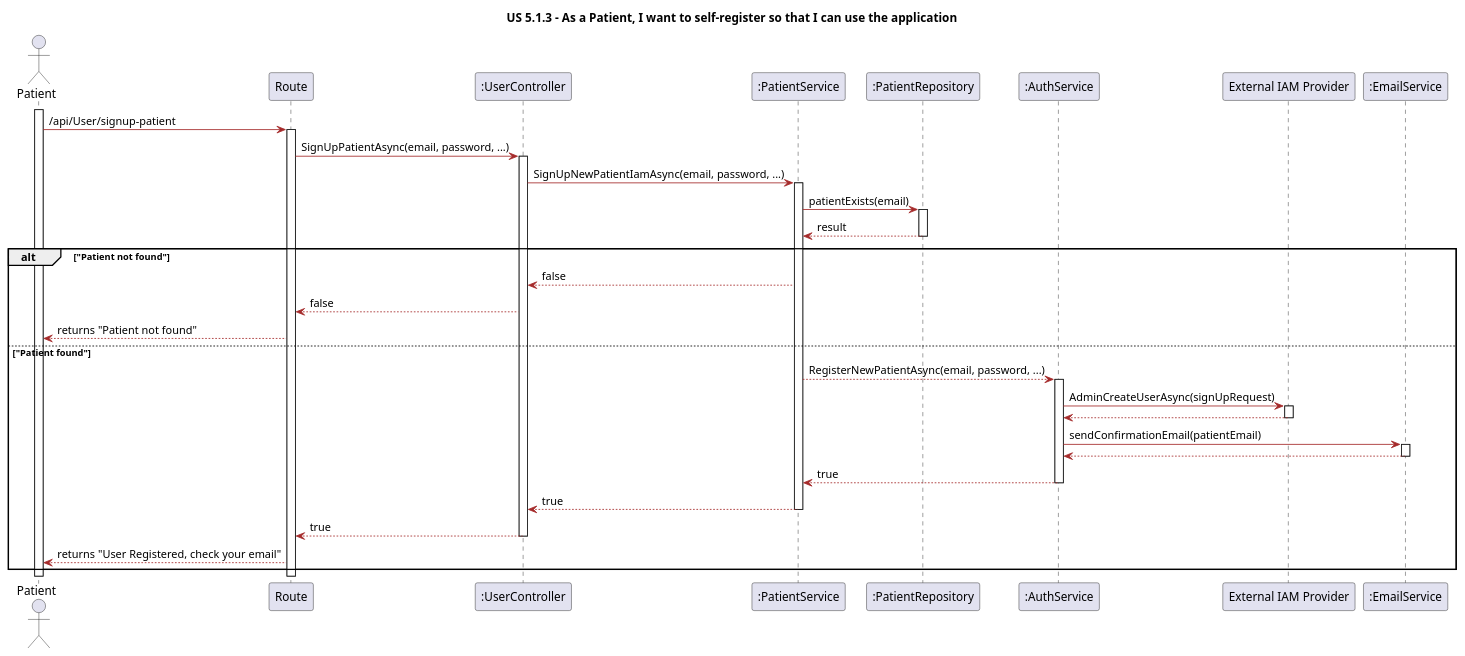
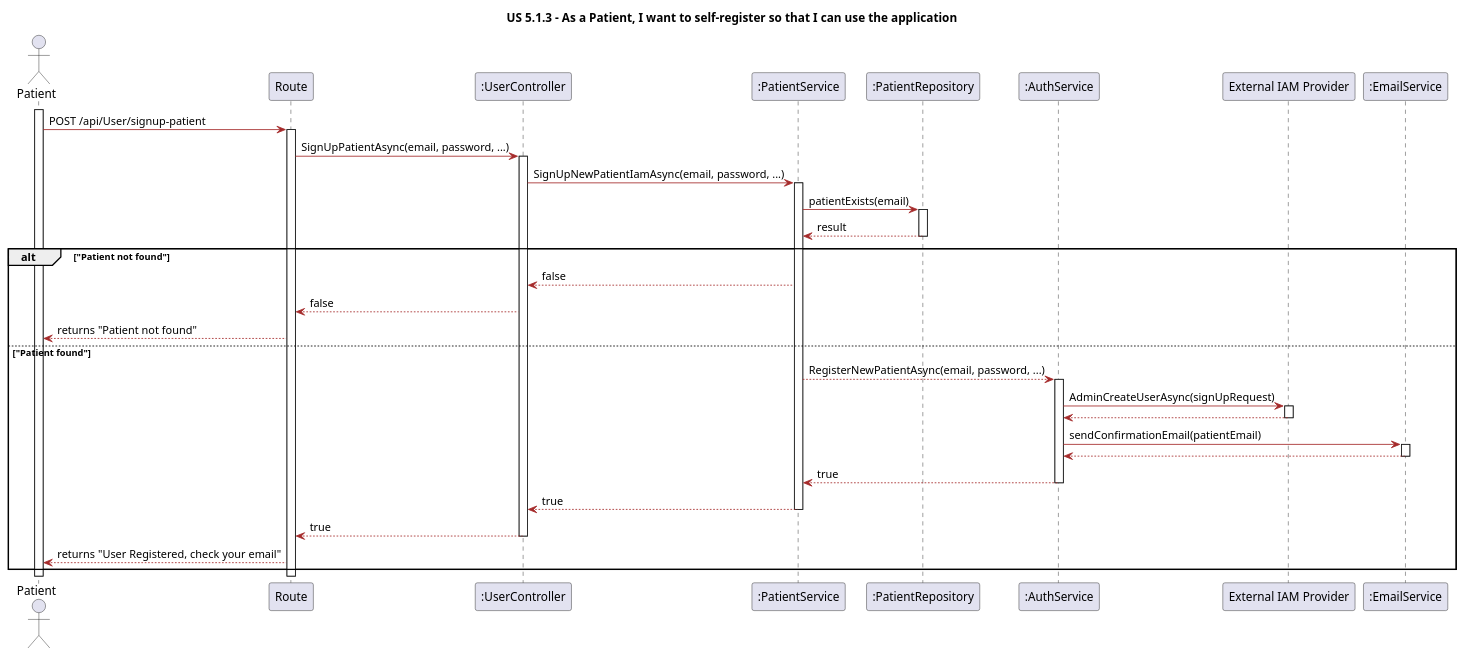
One commit to LAPR5-043/sem_5_24_25_043 changed the diagram in Docs/Sprint1/UserStories/LAPR5/us513/design/puml/sequence-diagram.puml. Above: the diagram before and after it, drawn with PlantUML. The commit also changed 5 other files, not shown here.

```diff
--- a/Docs/Sprint1/UserStories/LAPR5/us513/design/puml/sequence-diagram.puml
+++ b/Docs/Sprint1/UserStories/LAPR5/us513/design/puml/sequence-diagram.puml
@@ -1,118 +1,118 @@
 @startuml
 
 
 title US 5.1.3 - As a Patient, I want to self-register so that I can use the application
 
 skinparam classAttributeIconSize 0
 
 skinparam class {
     LifeLineBorderColor DodgerBlue
     LifeLineBackgroundColor APPLICATION
     BackgroundColor LemonChiffon
     ArrowColor Brown
     BorderColor SaddleBrown
 }
 
 skinparam packageStyle rectangle
 
 skinparam card {
     LifeLineBorderColor DodgerBlue
     LifeLineBackgroundColor APPLICATION
     BackgroundColor LemonChiffon
     ArrowColor Brown
     BorderColor SaddleBrown
 }
 
 actor "Patient" as P
 
 participant "Route" as Route
 participant ":UserController" as UC
 participant ":PatientService" as PS
 participant ":PatientRepository" as PR
 participant ":AuthService" as AS
 participant "External IAM Provider" as IAM
 participant ":EmailService" as ES
 
 activate P
 
-P -> Route: /api/User/signup-patient
+P -> Route: POST /api/User/signup-patient
 
 activate Route
 
 Route -> UC: SignUpPatientAsync(email, password, ...)
 
 activate UC
 
 UC -> PS: SignUpNewPatientIamAsync(email, password, ...)
 
 activate PS
 
 PS -> PR: patientExists(email)
 
 activate PR
 
 PR --> PS: result
 
 deactivate PR
 
 alt "Patient not found"
 
     PS --> UC: false
 
     UC --> Route: false
 
     Route --> P: returns "Patient not found"
 
 else "Patient found"
 
     PS --> AS: RegisterNewPatientAsync(email, password, ...)
 
     activate AS
 
     AS -> IAM: AdminCreateUserAsync(signUpRequest)
 
     activate IAM
 
     IAM --> AS:
 
     deactivate IAM
 
     AS -> ES: sendConfirmationEmail(patientEmail)
 
     activate ES
 
     ES --> AS: 
 
     deactivate ES
 
     AS --> PS: true
 
     deactivate AS
 
     PS --> UC: true
 
     deactivate PS
 
     UC --> Route: true
 
     deactivate UC
 
     Route --> P: returns "User Registered, check your email"
 
 end
 
 
 
 
 
 
 
 
 
 
 
 
 
 
 
 @enduml
```
